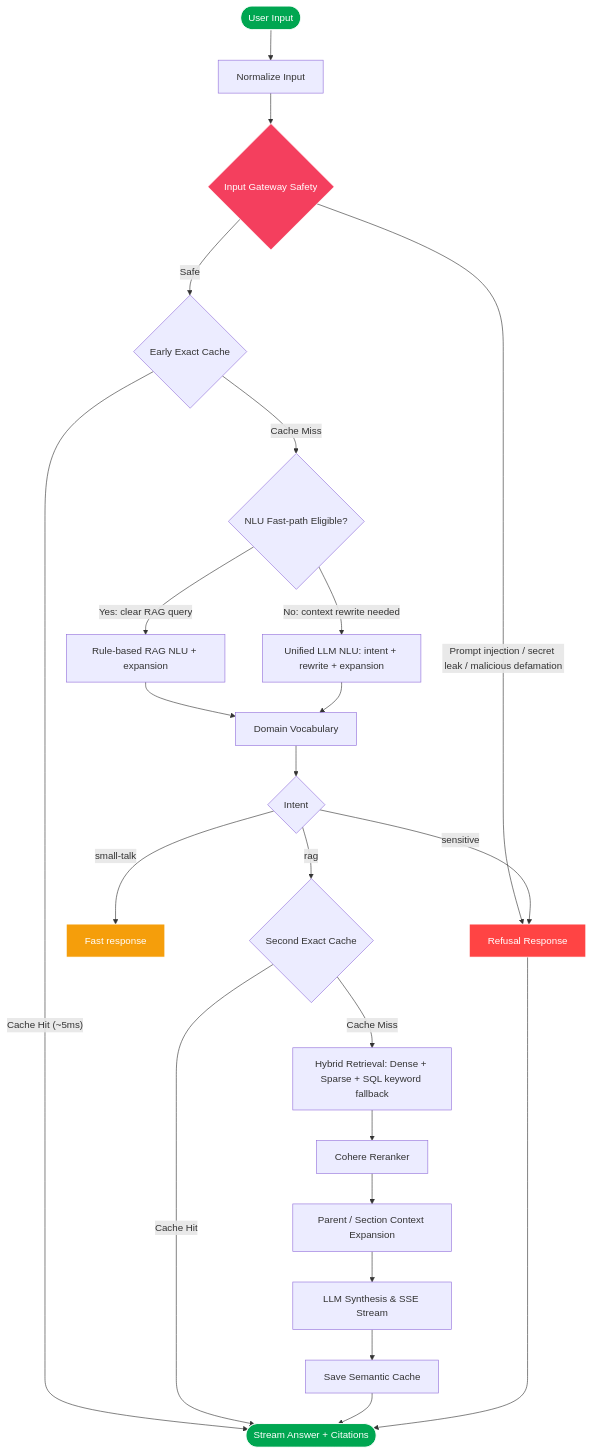
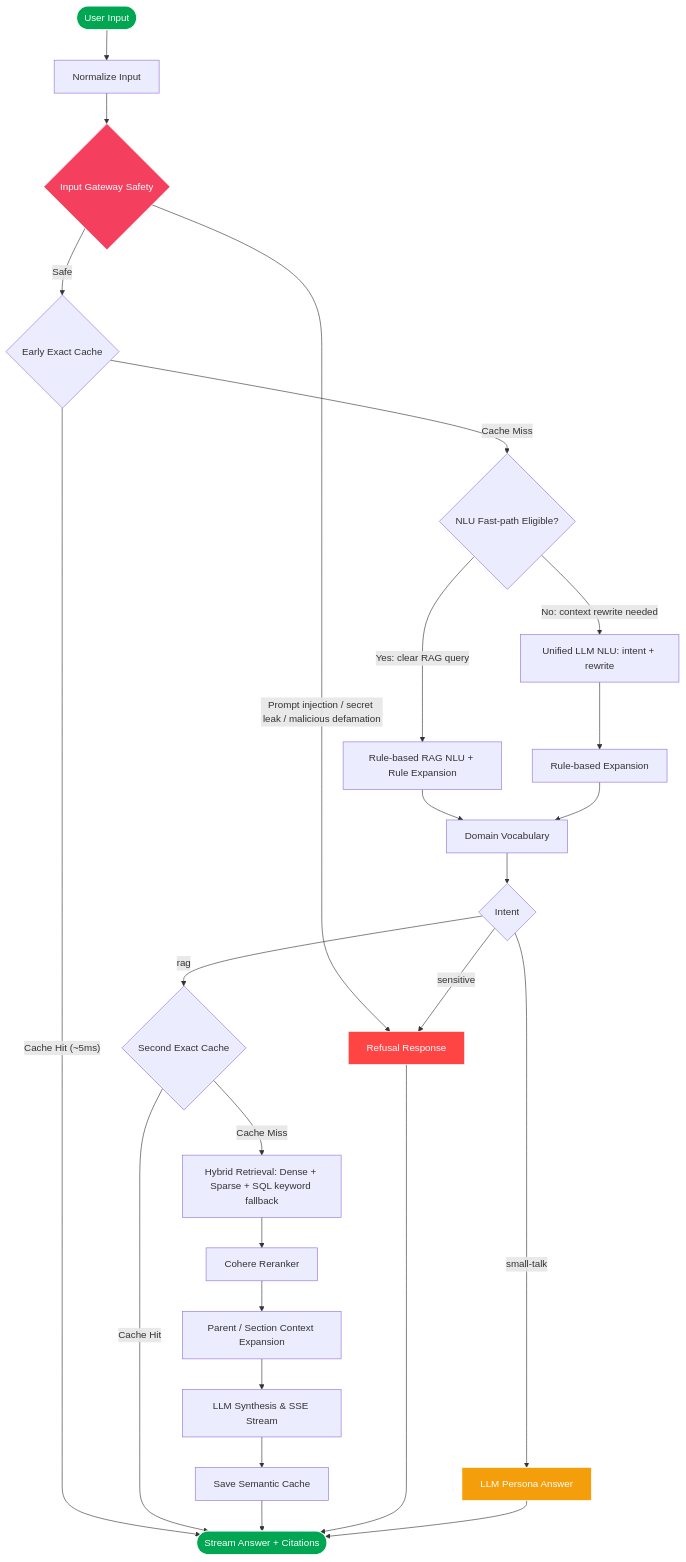
One commit to dungltcn272/XANH_SM_AI_ASSISTANT_V1 changed the diagram in README.md. Above: the diagram before and after it, drawn with Mermaid. The commit also changed other lines of this file and 7 other files, not shown here.

Commit message:
replace expand query in LLM

````diff
--- a/README.md
+++ b/README.md
@@ -101,35 +101,37 @@
 ```mermaid
 graph TD
     A([User Input]) --> N[Normalize Input]
     N --> B{Input Gateway Safety}
     B -- "Prompt injection / secret leak / malicious defamation" --> Block[Refusal Response]
     B -- "Safe" --> C{Early Exact Cache}
 
     C -- "Cache Hit (~5ms)" --> Out([Stream Answer + Citations])
     C -- "Cache Miss" --> D{NLU Fast-path Eligible?}
 
-    D -- "Yes: clear RAG query" --> D1[Rule-based RAG NLU + expansion]
-    D -- "No: context rewrite needed" --> D2[Unified LLM NLU: intent + rewrite + expansion]
+    D -- "Yes: clear RAG query" --> D1[Rule-based RAG NLU + Rule Expansion]
+    D -- "No: context rewrite needed" --> D2[Unified LLM NLU: intent + rewrite]
     D1 --> DV[Domain Vocabulary]
-    D2 --> DV
+    D2 --> RuleExp[Rule-based Expansion]
+    RuleExp --> DV
     DV --> E{Intent}
-    E -- "small-talk" --> Stalk[Fast response]
+    E -- "small-talk" --> Stalk[LLM Persona Answer]
     E -- "sensitive" --> Block
     E -- "rag" --> F{Second Exact Cache}
 
     F -- "Cache Hit" --> Out
     F -- "Cache Miss" --> G[Hybrid Retrieval: Dense + Sparse + SQL keyword fallback]
 
     G --> H[Cohere Reranker]
     H --> I[Parent / Section Context Expansion]
     I --> K[LLM Synthesis & SSE Stream]
     K --> CacheSave[Save Semantic Cache]
     CacheSave --> Out
     Block --> Out
+    Stalk --> Out
 
     style A fill:#00A651,stroke:#fff,color:#fff
     style Out fill:#00A651,stroke:#fff,color:#fff
     style Block fill:#ff4444,stroke:#fff,color:#fff
     style Stalk fill:#f59e0b,stroke:#fff,color:#fff
     style B fill:#f43f5e,stroke:#fff,color:#fff
 ```
````
